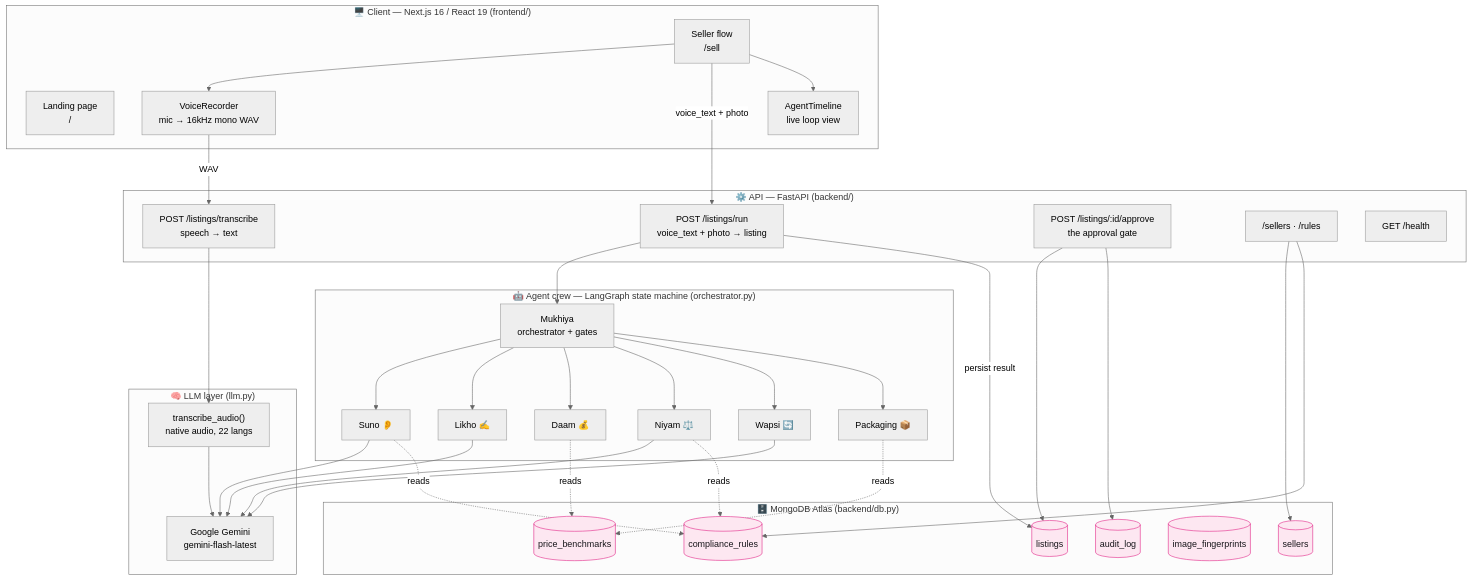
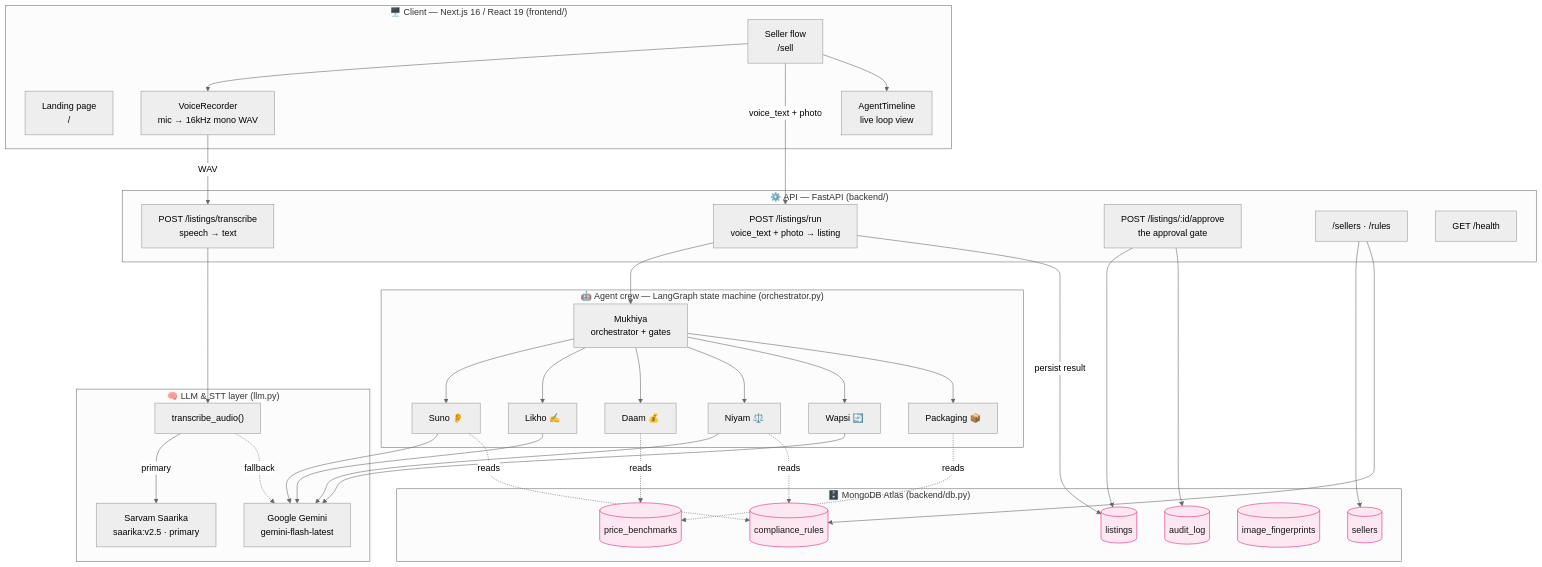
One commit to sandana1918/Aarambhini changed the first of 4 diagrams in docs/ARCHITECTURE.md. Above: the diagram before and after it, drawn with Mermaid (neutral theme). The commit also changed other lines of this file and 5 other files, not shown here.

First line of the commit message:
Make Sarvam Saarika the primary STT, Gemini the fallback

````diff
--- a/docs/ARCHITECTURE.md
+++ b/docs/ARCHITECTURE.md
@@ -15,67 +15,69 @@
 ```mermaid
 flowchart TB
     subgraph client["🖥️ Client — Next.js 16 / React 19 (frontend/)"]
         LP["Landing page<br/>/"]
         SELL["Seller flow<br/>/sell"]
         REC["VoiceRecorder<br/>mic → 16kHz mono WAV"]
         TL["AgentTimeline<br/>live loop view"]
     end
 
     subgraph api["⚙️ API — FastAPI (backend/)"]
         R1["POST /listings/transcribe<br/>speech → text"]
         R2["POST /listings/run<br/>voice_text + photo → listing"]
         R3["POST /listings/:id/approve<br/>the approval gate"]
         R4["/sellers · /rules"]
         HP["GET /health"]
     end
 
     subgraph crew["🤖 Agent crew — LangGraph state machine (orchestrator.py)"]
         MUK["Mukhiya<br/>orchestrator + gates"]
         SUNO["Suno 👂"]
         LIKHO["Likho ✍️"]
         DAAM["Daam 💰"]
         NIYAM["Niyam ⚖️"]
         WAPSI["Wapsi 🔄"]
         PACK["Packaging 📦"]
     end
 
-    subgraph llm["🧠 LLM layer (llm.py)"]
+    subgraph llm["🧠 LLM & STT layer (llm.py)"]
         GEM["Google Gemini<br/>gemini-flash-latest"]
-        STT["transcribe_audio()<br/>native audio, 22 langs"]
+        STT["transcribe_audio()"]
+        SARV["Sarvam Saarika<br/>saarika:v2.5 · primary"]
     end
 
     subgraph data["🗄️ MongoDB Atlas (backend/db.py)"]
         C1[("sellers")]
         C2[("listings")]
         C3[("compliance_rules")]
         C4[("price_benchmarks")]
         C5[("image_fingerprints")]
         C6[("audit_log")]
     end
 
     SELL --> REC
     REC -->|WAV| R1
     R1 --> STT
+    STT -->|primary| SARV
+    STT -.fallback.-> GEM
     SELL -->|voice_text + photo| R2
     SELL --> TL
     R2 --> MUK
     R3 --> C2
     R3 --> C6
 
     MUK --> SUNO & LIKHO & DAAM & NIYAM & WAPSI & PACK
     SUNO --> GEM
     LIKHO --> GEM
     NIYAM --> GEM
     WAPSI --> GEM
-    STT --> GEM
 
     SUNO -. reads .-> C3
     NIYAM -. reads .-> C3
     DAAM -. reads .-> C4
     PACK -. reads .-> C4
     R2 -->|persist result| C2
     R4 --> C1 & C3
 
     classDef store fill:#fde7f1,stroke:#e01d84,color:#17161a;
     class C1,C2,C3,C4,C5,C6 store;
 ```
````
